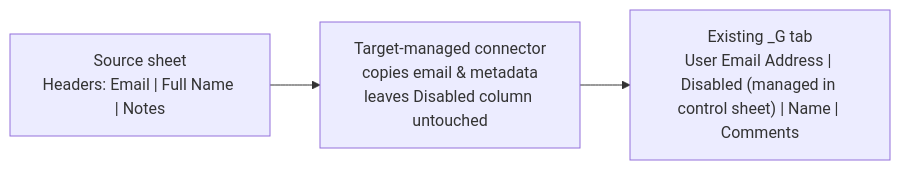
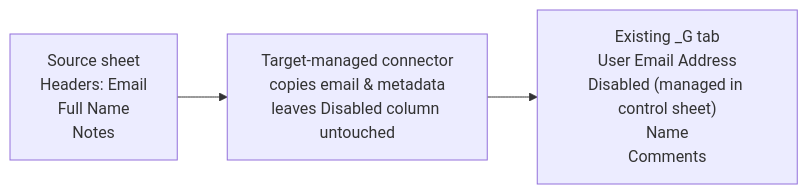
One commit to davidf9999/gdrive_permissions1 changed the fourth of 4 diagrams in docs/CONNECTORS_GUIDE.md. Above: the diagram before and after it, drawn with Mermaid. The commit also changed other lines of this file, not shown here.

Commit message:
docs: expand mermaid headers

````diff
--- a/docs/CONNECTORS_GUIDE.md
+++ b/docs/CONNECTORS_GUIDE.md
@@ -130,9 +142,14 @@
 ```mermaid
 flowchart LR
   TargetManagedSource["Source sheet
-Headers: Email | Full Name | Notes"] --> TargetManagedConnector["Target-managed connector
+Headers: Email
+Full Name
+Notes"] --> TargetManagedConnector["Target-managed connector
 copies email & metadata
 leaves Disabled column untouched"]
   TargetManagedConnector --> TargetManagedSheet["Existing <GroupName>_G tab
-User Email Address | Disabled (managed in control sheet) | Name | Comments"]
+User Email Address
+Disabled (managed in control sheet)
+Name
+Comments"]
 ```
````
